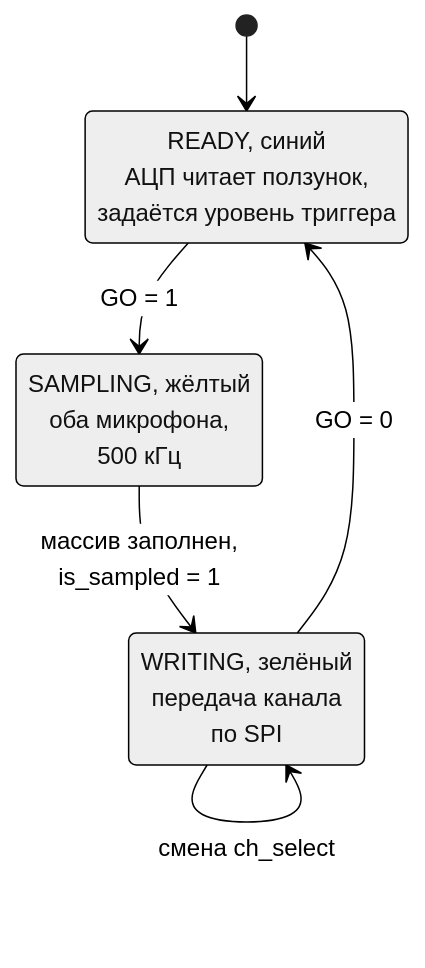
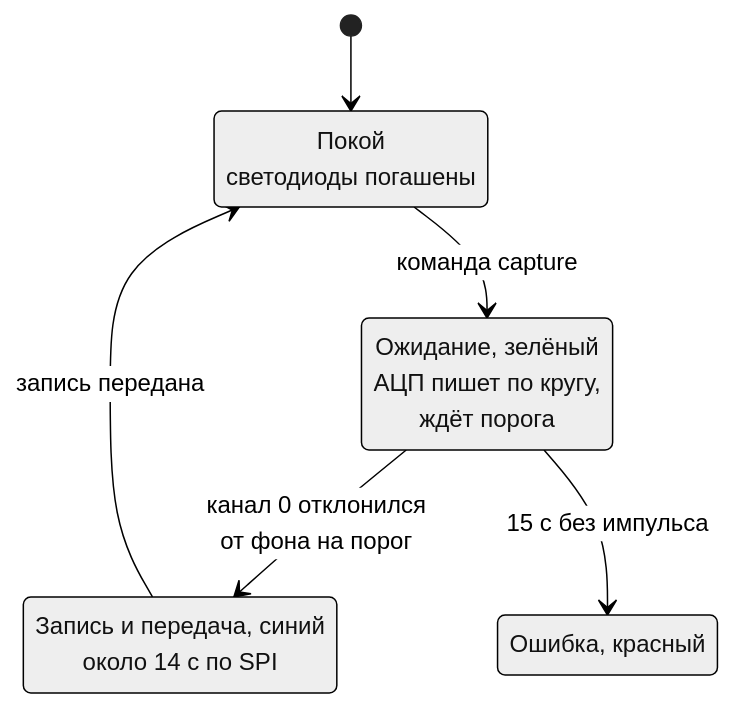
One commit to lalina0404-hub/get-labs changed the diagram in get-labs/Лабораторная работа 4. Скорость звука в газовой среде/Теория/т4.5 Экспериментальная установка трубы.md. Above: the diagram before and after it, drawn with Mermaid (neutral theme). The commit also changed other lines of this file and 32 other files, not shown here.

````diff
--- a/get-labs/Лабораторная работа 4. Скорость звука в газовой среде/Теория/т4.5 Экспериментальная установка трубы.md
+++ b/get-labs/Лабораторная работа 4. Скорость звука в газовой среде/Теория/т4.5 Экспериментальная установка трубы.md
@@ -41,11 +38,12 @@
 ```mermaid
 stateDiagram-v2
-    READY: READY, синий<br>АЦП читает ползунок,<br>задаётся уровень триггера
-    SAMPLING: SAMPLING, жёлтый<br>оба микрофона,<br>500 кГц
-    WRITING: WRITING, зелёный<br>передача канала<br>по SPI
-    [*] --> READY
-    READY --> SAMPLING: GO = 1
-    SAMPLING --> WRITING: массив заполнен,<br>is_sampled = 1
-    WRITING --> WRITING: смена ch_select
-    WRITING --> READY: GO = 0
+    IDLE: Покой<br>светодиоды погашены
+    ARMED: Ожидание, зелёный<br>АЦП пишет по кругу,<br>ждёт порога
+    SEND: Запись и передача, синий<br>около 14 с по SPI
+    ERROR: Ошибка, красный
+    [*] --> IDLE
+    IDLE --> ARMED: команда capture
+    ARMED --> SEND: канал 0 отклонился<br>от фона на порог
+    ARMED --> ERROR: 15 с без импульса
+    SEND --> IDLE: запись передана
 ```
````
